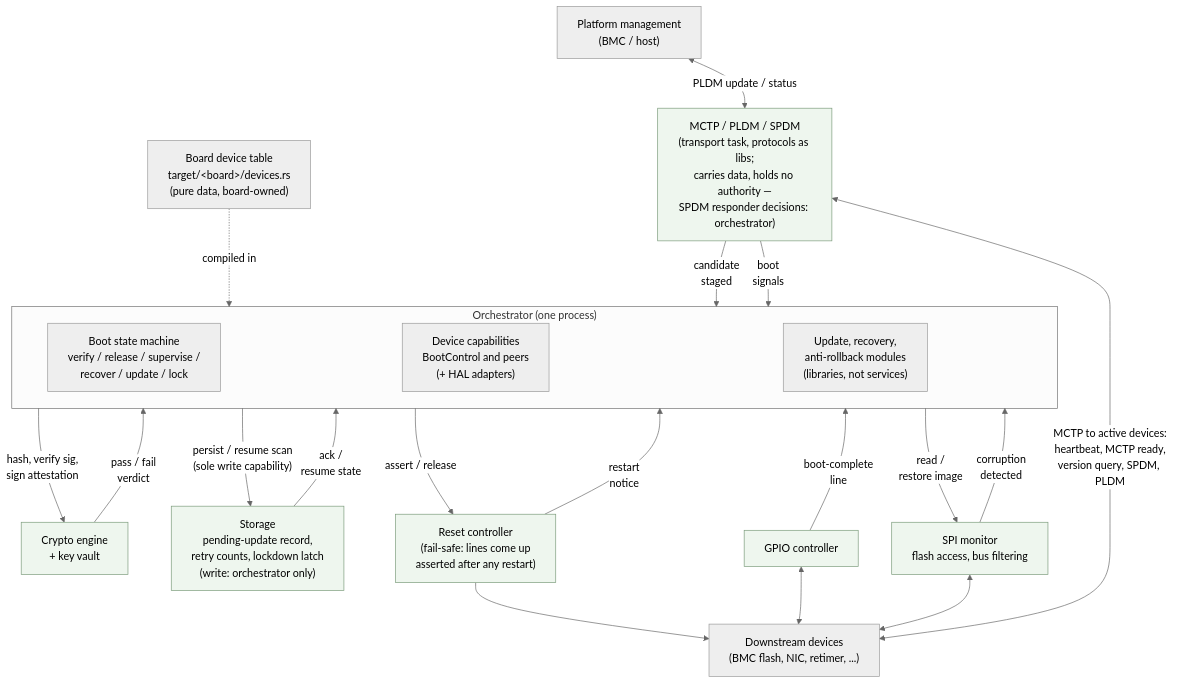
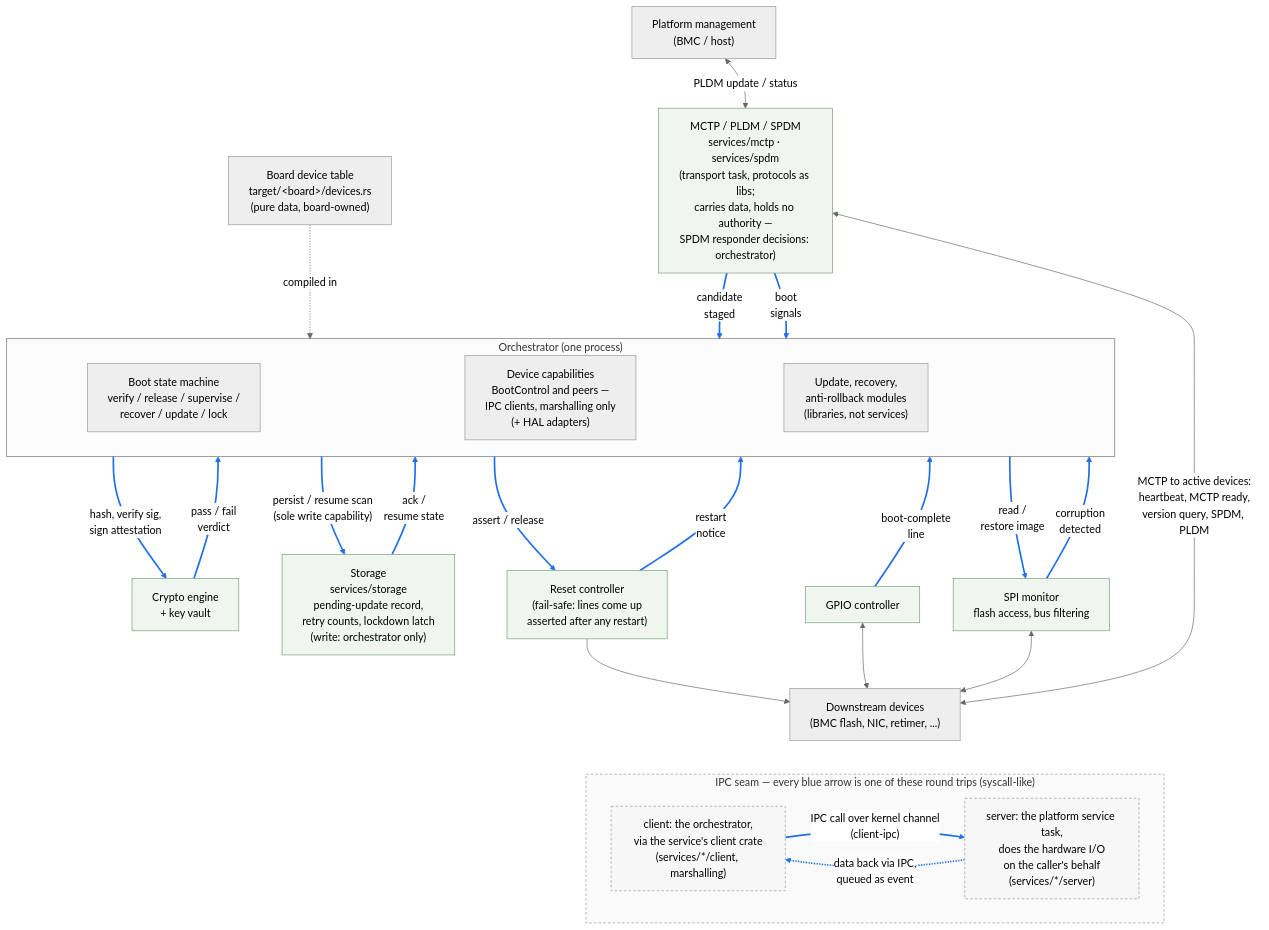
One commit to OpenPRoT/openprot changed the diagram in docs/src/design/orchestrator/orchestrator-platform.md. Above: the diagram before and after it, drawn with Mermaid (neutral theme). The commit also changed other lines of this file, not shown here.

Commit message:
docs(orchestrator): show the IPC seam to platform services
Per review: services are reached syscall-like — the orchestrator issues
an IPC call, the service does the hardware I/O on its behalf, and the
data returns via IPC. Name the existing service crates in the diagram
and add a legend showing the client / client-ipc / server round trip.

````diff
--- a/docs/src/design/orchestrator/orchestrator-platform.md
+++ b/docs/src/design/orchestrator/orchestrator-platform.md
@@ -78,56 +78,69 @@
 ```mermaid
 flowchart TB
     TABLE["Board device table<br/>target/&lt;board&gt;/devices.rs<br/>(pure data, board-owned)"]
     BMC["Platform management<br/>(BMC / host)"]
 
     subgraph ORCH["Orchestrator&nbsp;(one&nbsp;process)"]
         SM["Boot state machine<br/>verify / release / supervise /<br/>recover / update / lock"]
         MOD["Update, recovery,<br/>anti-rollback modules<br/>(libraries, not services)"]
-        CAP["Device capabilities<br/>BootControl and peers<br/>(+ HAL adapters)"]
+        CAP["Device capabilities<br/>BootControl and peers —<br/>IPC clients, marshalling only<br/>(+ HAL adapters)"]
     end
 
-    NET["MCTP / PLDM / SPDM<br/>(transport task, protocols as libs;<br/>carries data, holds no authority —<br/>SPDM responder decisions: orchestrator)"]
+    NET["MCTP / PLDM / SPDM<br/>services/mctp · services/spdm<br/>(transport task, protocols as libs;<br/>carries data, holds no authority —<br/>SPDM responder decisions: orchestrator)"]
     CRYPTO["Crypto engine<br/>+ key vault"]
-    STORE["Storage<br/>pending-update record,<br/>retry counts, lockdown latch<br/>(write: orchestrator only)"]
+    STORE["Storage<br/>services/storage<br/>pending-update record,<br/>retry counts, lockdown latch<br/>(write: orchestrator only)"]
     SPI["SPI monitor<br/>flash access, bus filtering"]
     RST["Reset controller<br/>(fail-safe: lines come up<br/>asserted after any restart)"]
     GPIO["GPIO controller"]
 
     DEV["Downstream devices<br/>(BMC flash, NIC, retimer, ...)"]
 
     %% invisible links first: they win dagre's cycle-breaking, pinning the layers
     BMC ~~~ MOD & CAP
     ORCH ~~~ GPIO
     SM ~~~ STORE
     MOD ~~~ GPIO
 
     %% config is compiled in, not owned
     TABLE -.->|"compiled in"| ORCH
 
     %% intake path — BMC never talks to the orchestrator directly
     BMC <-->|"PLDM update / status"| NET
     NET -->|"candidate<br/>staged"| ORCH
 
     %% commands (down, fire-and-forget) and events (up) — replies are queued events, the orchestrator never blocks
     ORCH -->|"read /<br/>restore image"| SPI
     ORCH -->|"hash, verify sig,<br/>sign attestation"| CRYPTO
     ORCH -->|"persist / resume scan<br/>(sole write capability)"| STORE
     ORCH -->|"assert / release"| RST
     CRYPTO -->|"pass / fail<br/>verdict"| ORCH
     STORE -->|"ack /<br/>resume state"| ORCH
     RST -->|"restart<br/>notice"| ORCH
     SPI -->|"corruption<br/>detected"| ORCH
     GPIO -->|"boot-complete<br/>line"| ORCH
     NET -->|"boot<br/>signals"| ORCH
 
     %% hardware
     RST --> DEV
     GPIO <--> DEV
     SPI <--> DEV
     NET <-->|"MCTP to active devices:<br/>heartbeat, MCTP ready,<br/>version query, SPDM, PLDM"| DEV
 
+    %% every blue orchestrator ↔ service arrow above is one of these round trips
+    subgraph IPCL["IPC seam — every blue arrow is one of these round trips (syscall-like)"]
+        direction LR
+        CL["client: the orchestrator,<br/>via the service's client crate<br/>(services/*/client, marshalling)"] -->|"IPC call over kernel channel<br/>(client-ipc)"| SV["server: the platform service task,<br/>does the hardware I/O<br/>on the caller's behalf<br/>(services/*/server)"]
+        SV -.->|"data back via IPC,<br/>queued as event"| CL
+    end
+    DEV ~~~ IPCL
+    style IPCL fill:#fafafa,stroke:#999,stroke-dasharray:4 3
+
+    %% IPC edges in blue; indices count every link above in source order, invisible ~~~ links included
+    linkStyle 7,8,9,10,11,12,13,14,15,16,17,22,23 stroke:#1f6feb,stroke-width:2.5px
 
     %% all plain nodes outside the box are platform services: own tasks, shared, board-wired
     classDef svc fill:#eef6ee,stroke:#7a9a7a
     class NET,CRYPTO,STORE,SPI,RST,GPIO svc
+    classDef legend fill:#f7f7f7,stroke:#999,stroke-dasharray:4 3
+    class CL,SV legend
 ```
````
